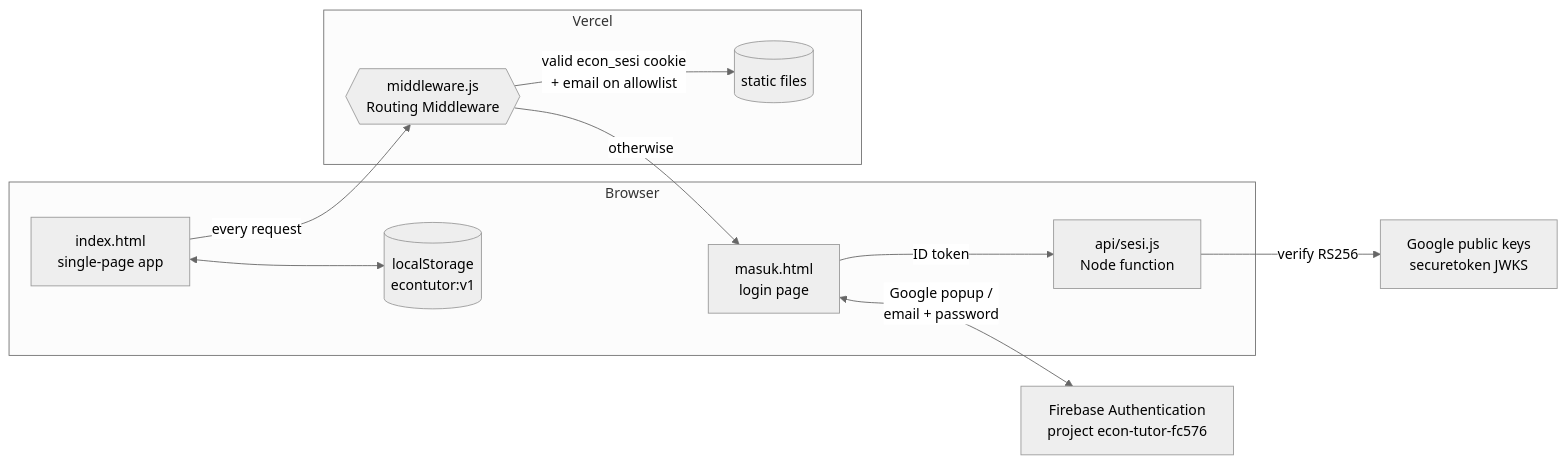
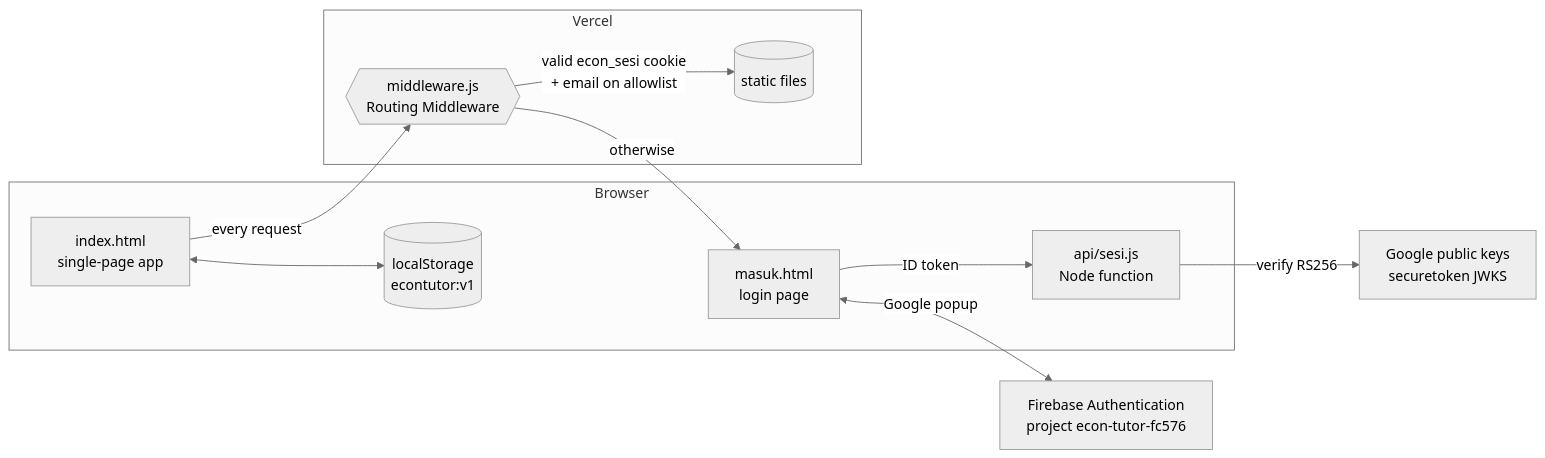
Before and after one commit to AidilFarhan/ECON-TUTOR: the first of 4 diagrams in ARCHITECTURE.md, drawn with Mermaid (neutral theme). The commit also changed other lines of this file and 7 other files, not shown here.

````diff
--- a/ARCHITECTURE.md
+++ b/ARCHITECTURE.md
@@ -11,24 +11,24 @@
 ```mermaid
 flowchart LR
   subgraph Browser
     L[masuk.html<br/>login page] -->|ID token| S
     A[index.html<br/>single-page app]
     LS[(localStorage<br/>econtutor:v1)]
     A <--> LS
   end
 
   subgraph Vercel
     M{{middleware.js<br/>Routing Middleware}}
     S[api/sesi.js<br/>Node function]
     ST[(static files)]
   end
 
   FB[Firebase Authentication<br/>project econ-tutor-fc576]
   JW[Google public keys<br/>securetoken JWKS]
 
-  L <-->|Google popup /<br/>email + password| FB
+  L <-->|Google popup| FB
   S -->|verify RS256| JW
   A -->|every request| M
   M -->|valid econ_sesi cookie<br/>+ email on allowlist| ST
   M -->|otherwise| L
 ```
````
